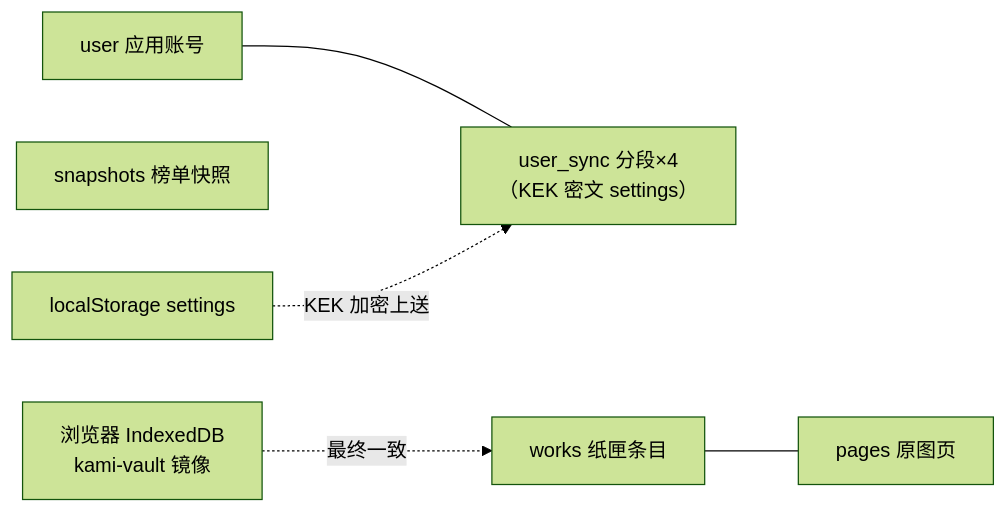
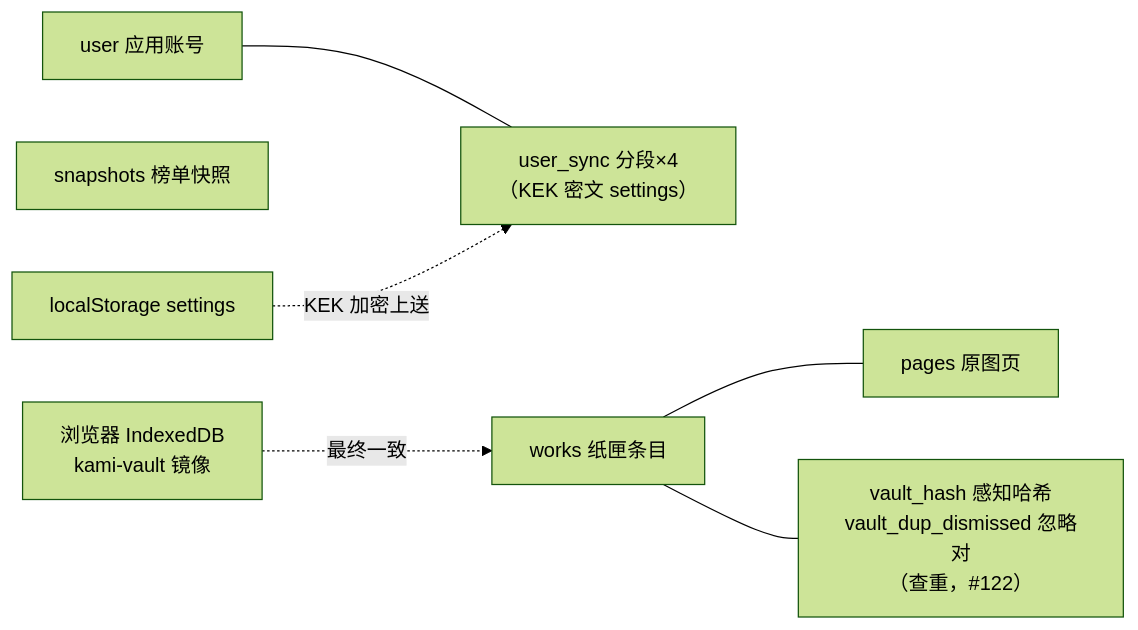
One commit to Atsukiizumi/Kami-paperbox changed the fourth of 4 diagrams in docs/diagrams/ER图.md. Above: the diagram before and after it, drawn with Mermaid (forest theme). The commit also changed other lines of this file and 28 other files, not shown here.

````diff
--- a/docs/diagrams/ER图.md
+++ b/docs/diagrams/ER图.md
@@ -99,8 +111,9 @@
 ```mermaid
 flowchart LR
   A[user 应用账号] --- B[user_sync 分段×4<br>（KEK 密文 settings）]
   C[works 纸匣条目] --- D[pages 原图页]
+  C --- H[vault_hash 感知哈希<br>vault_dup_dismissed 忽略对<br>（查重，#122）]
   E[snapshots 榜单快照]
   F[浏览器 IndexedDB<br>kami-vault 镜像] -.->|最终一致| C
   G[localStorage settings] -.->|KEK 加密上送| B
 ```
````
